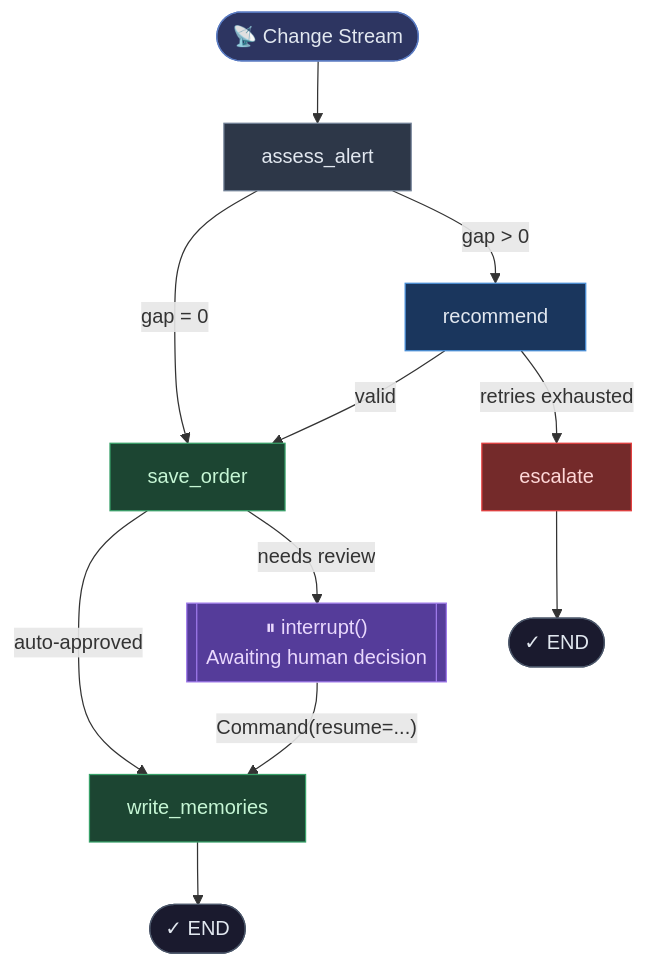
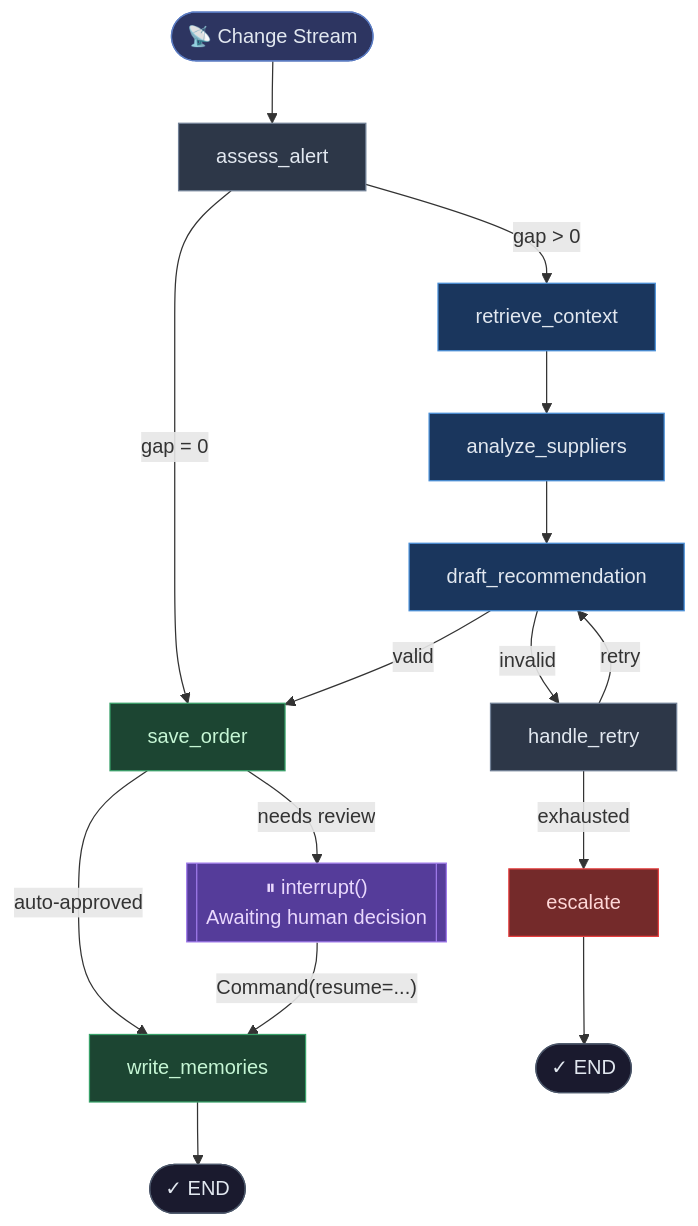
One commit to alxmancilla/Supply_Chain_Reorder_Agent changed the first of 2 diagrams in diagrams/agent_diagrams.md. Above: the diagram before and after it, drawn with Mermaid. The commit also changed other lines of this file and 5 other files, not shown here.

````diff
--- a/diagrams/agent_diagrams.md
+++ b/diagrams/agent_diagrams.md
@@ -7,33 +7,43 @@
 ```mermaid
 flowchart TD
     CS(["📡 Change Stream"])
     A1["assess_alert"]
-    A2["recommend"]
+    A2a["retrieve_context"]
+    A2b["analyze_suppliers"]
+    A2c["draft_recommendation"]
+    A2d["handle_retry"]
     A3["save_order"]
     A4["write_memories"]
     A5["escalate"]
     PAUSE[["⏸ interrupt()\nAwaiting human decision"]]
     END1(["✓ END"])
     END2(["✓ END"])
 
     CS --> A1
     A1 -->|"gap = 0"| A3
-    A1 -->|"gap > 0"| A2
-    A2 -->|"valid"| A3
-    A2 -->|"retries exhausted"| A5
+    A1 -->|"gap > 0"| A2a
+    A2a --> A2b
+    A2b --> A2c
+    A2c -->|"valid"| A3
+    A2c -->|"invalid"| A2d
+    A2d -->|"retry"| A2c
+    A2d -->|"exhausted"| A5
     A3 -->|"auto-approved"| A4
     A3 -->|"needs review"| PAUSE
     PAUSE -->|"Command(resume=...)"| A4
     A4 --> END1
     A5 --> END2
 
     style CS    fill:#2d3561,color:#e2e8f0,stroke:#5a7bc2
-    style A1    fill:#2d3748,color:#e2e8f0,stroke:#718096
-    style A2    fill:#1a365d,color:#e2e8f0,stroke:#4a90d9
-    style A3    fill:#1c4532,color:#c6f6d5,stroke:#38a169
-    style A4    fill:#1c4532,color:#c6f6d5,stroke:#38a169
-    style A5    fill:#742a2a,color:#fed7d7,stroke:#e53e3e
+    style A1   fill:#2d3748,color:#e2e8f0,stroke:#718096
+    style A2a  fill:#1a365d,color:#e2e8f0,stroke:#4a90d9
+    style A2b  fill:#1a365d,color:#e2e8f0,stroke:#4a90d9
+    style A2c  fill:#1a365d,color:#e2e8f0,stroke:#4a90d9
+    style A2d  fill:#2d3748,color:#e2e8f0,stroke:#718096
+    style A3   fill:#1c4532,color:#c6f6d5,stroke:#38a169
+    style A4   fill:#1c4532,color:#c6f6d5,stroke:#38a169
+    style A5   fill:#742a2a,color:#fed7d7,stroke:#e53e3e
     style PAUSE fill:#553c9a,color:#e9d8fd,stroke:#9f7aea
     style END1  fill:#1a1a2e,color:#e2e8f0,stroke:#4a5568
     style END2  fill:#1a1a2e,color:#e2e8f0,stroke:#4a5568
 ```
````
